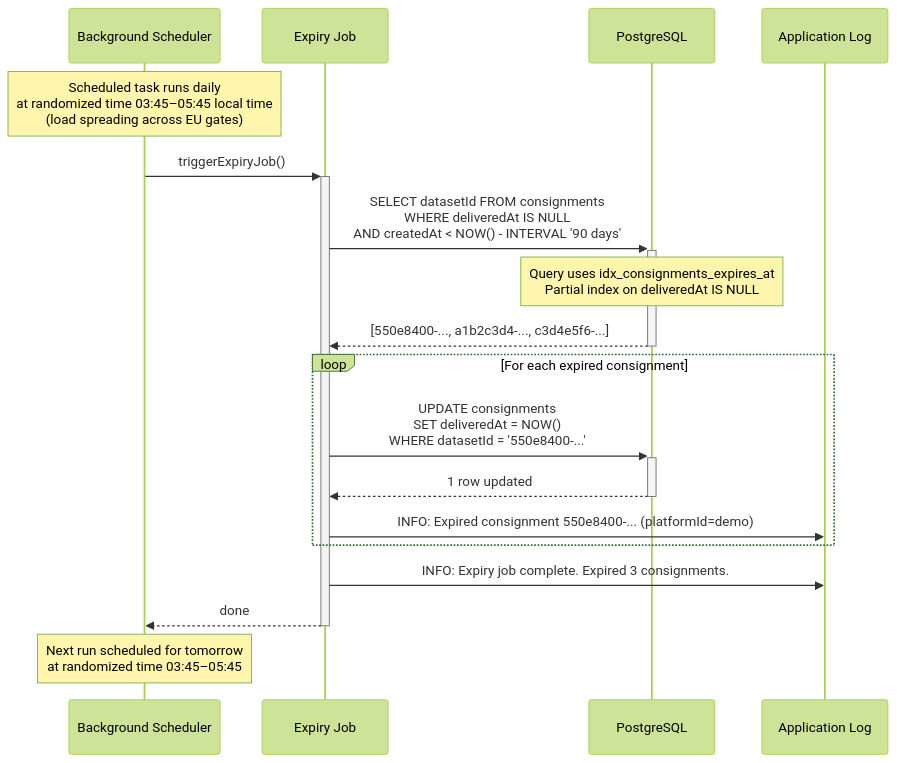
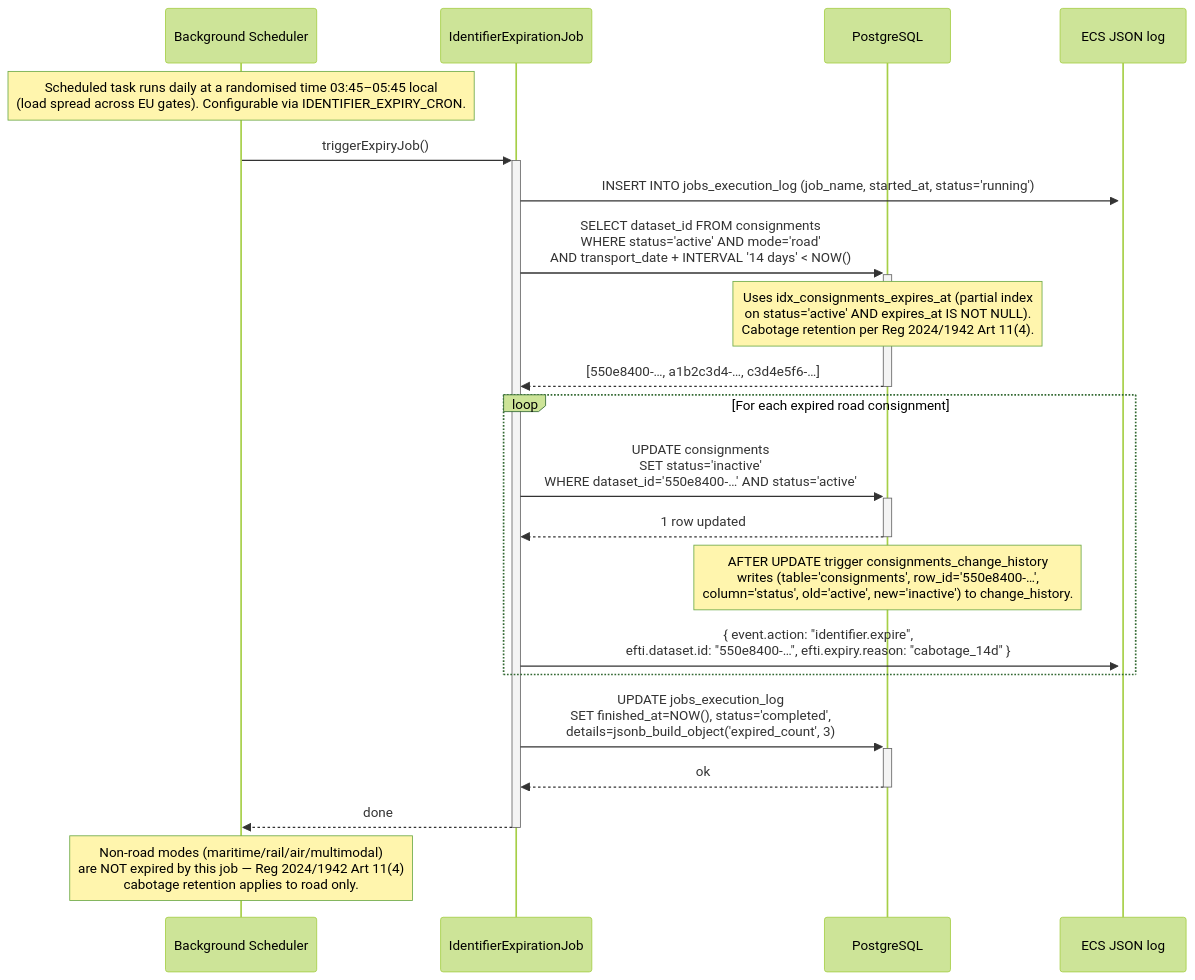
The diagram in docs/specs/diagrams/seq-08-identifier-expiration.mmd (kemit-ee/efti-gate-ee), drawn with Mermaid (forest theme) before and after one commit. The commit also changed 3 other files, not shown here.

```diff
--- a/docs/specs/diagrams/seq-08-identifier-expiration.mmd
+++ b/docs/specs/diagrams/seq-08-identifier-expiration.mmd
@@ -1,25 +1,27 @@
 sequenceDiagram
     participant Scheduler as Background Scheduler
-    participant ExpiryJob as Expiry Job
+    participant ExpiryJob as IdentifierExpirationJob
     participant DB as PostgreSQL
-    participant Log as Application Log
+    participant Log as ECS JSON log
 
-    Note over Scheduler: Scheduled task runs daily<br/>at randomized time 03:45–05:45 local time<br/>(load spreading across EU gates)
+    Note over Scheduler: Scheduled task runs daily at a randomised time 03:45–05:45 local<br/>(load spread across EU gates). Configurable via IDENTIFIER_EXPIRY_CRON.
 
     Scheduler->>+ExpiryJob: triggerExpiryJob()
+    ExpiryJob->>+Log: INSERT INTO jobs_execution_log (job_name, started_at, status='running')
 
-    ExpiryJob->>+DB: SELECT datasetId FROM consignments<br/>WHERE deliveredAt IS NULL<br/>AND createdAt < NOW() - INTERVAL '90 days'
-    Note over DB: Query uses idx_consignments_expires_at<br/>Partial index on deliveredAt IS NULL
-    DB-->>-ExpiryJob: [550e8400-..., a1b2c3d4-..., c3d4e5f6-...]
+    ExpiryJob->>+DB: SELECT dataset_id FROM consignments<br/>WHERE status='active' AND mode='road'<br/>AND transport_date + INTERVAL '14 days' < NOW()
+    Note over DB: Uses idx_consignments_expires_at (partial index<br/>on status='active' AND expires_at IS NOT NULL).<br/>Cabotage retention per Reg 2024/1942 Art 11(4).
+    DB-->>-ExpiryJob: [550e8400-…, a1b2c3d4-…, c3d4e5f6-…]
 
-    loop For each expired consignment
-        ExpiryJob->>+DB: UPDATE consignments<br/>SET deliveredAt = NOW()<br/>WHERE datasetId = '550e8400-...'
+    loop For each expired road consignment
+        ExpiryJob->>+DB: UPDATE consignments<br/>SET status='inactive'<br/>WHERE dataset_id='550e8400-…' AND status='active'
         DB-->>-ExpiryJob: 1 row updated
-
-        ExpiryJob->>Log: INFO: Expired consignment 550e8400-... (platformId=demo)
+        Note over DB: AFTER UPDATE trigger consignments_change_history<br/>writes (table='consignments', row_id='550e8400-…',<br/>column='status', old='active', new='inactive') to change_history.
+        ExpiryJob->>Log: { event.action: "identifier.expire",<br/>efti.dataset.id: "550e8400-…", efti.expiry.reason: "cabotage_14d" }
     end
 
-    ExpiryJob->>Log: INFO: Expiry job complete. Expired 3 consignments.
+    ExpiryJob->>+DB: UPDATE jobs_execution_log<br/>SET finished_at=NOW(), status='completed',<br/>details=jsonb_build_object('expired_count', 3)
+    DB-->>-ExpiryJob: ok
     ExpiryJob-->>-Scheduler: done
 
-    Note over Scheduler: Next run scheduled for tomorrow<br/>at randomized time 03:45–05:45
+    Note over Scheduler: Non-road modes (maritime/rail/air/multimodal)<br/>are NOT expired by this job — Reg 2024/1942 Art 11(4)<br/>cabotage retention applies to road only.
```
